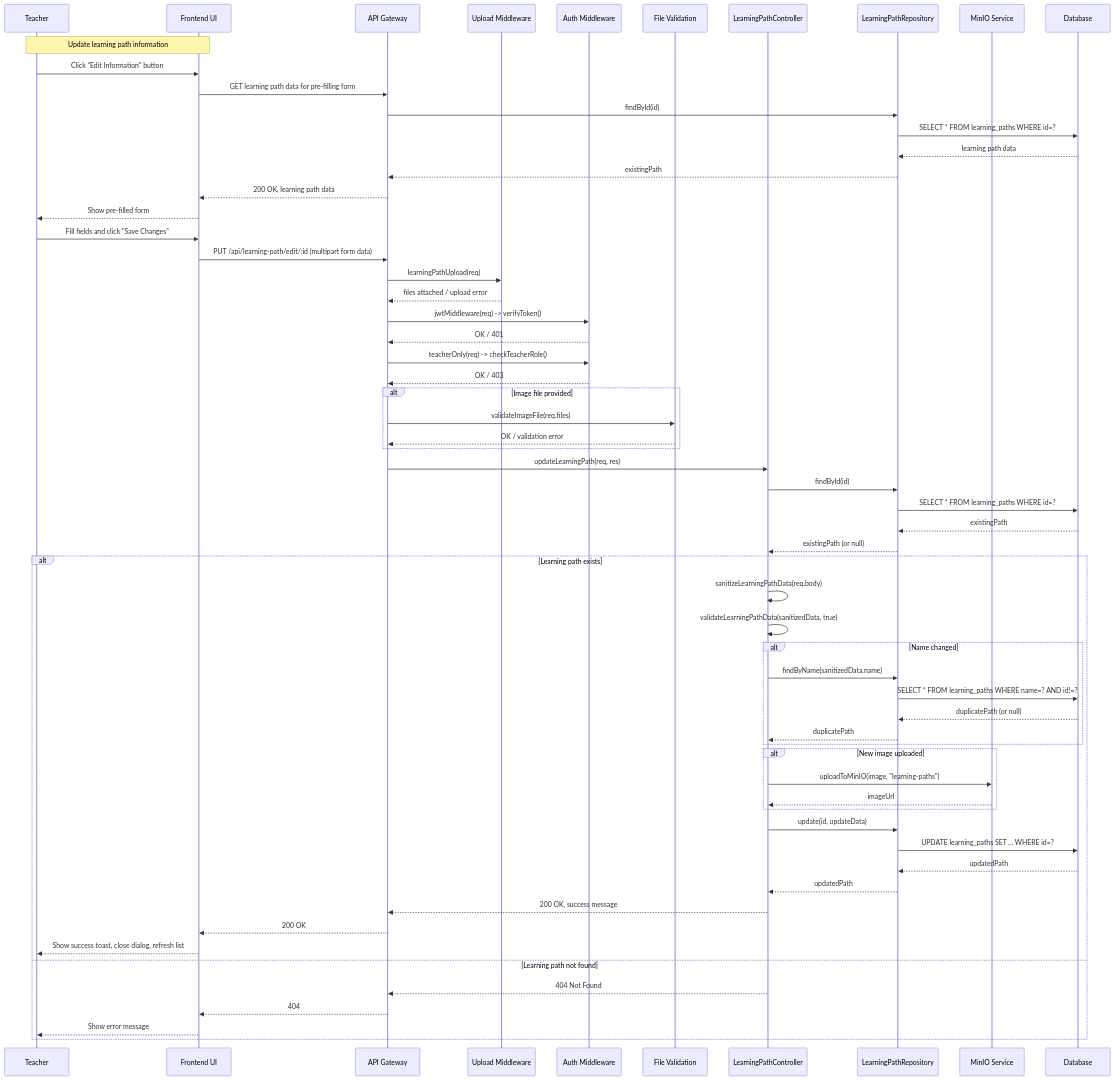
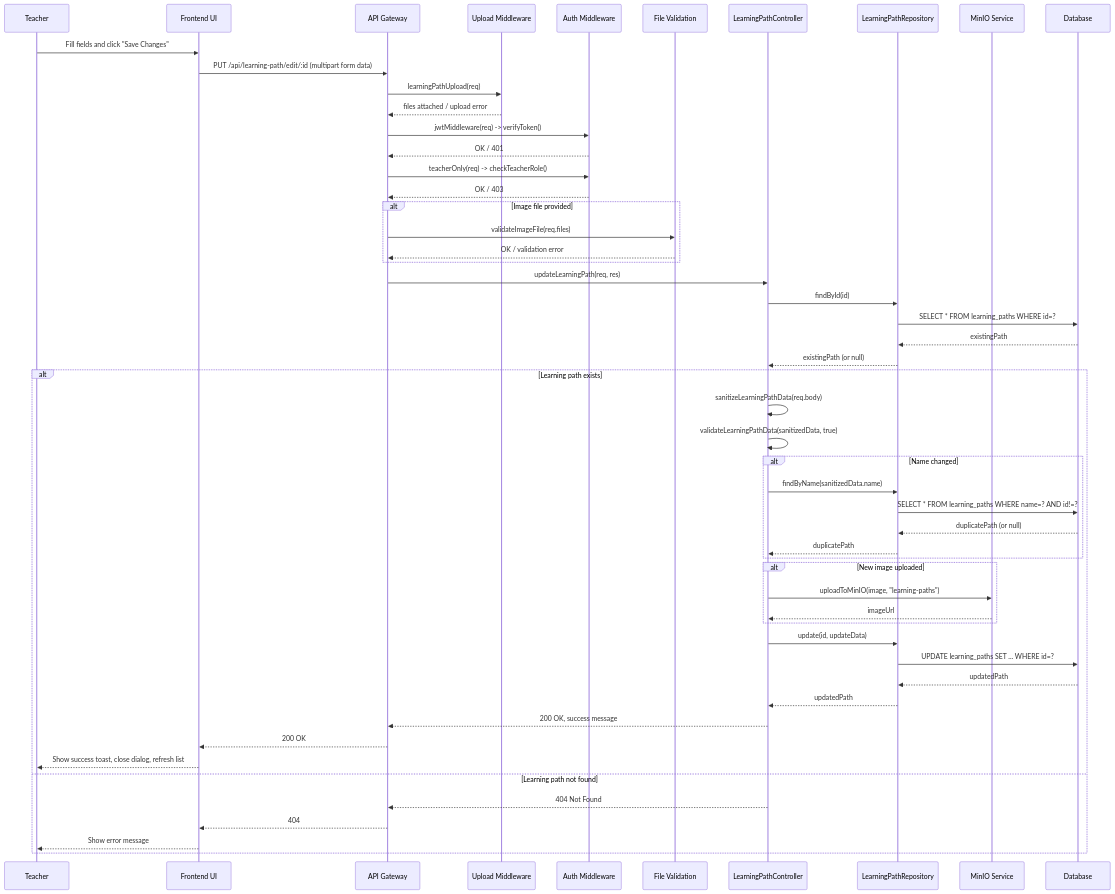
Before and after one commit to NgTuanHung051103/docs: the first of 2 diagrams in hungnt/UC_LP03_Update_Learning_Path.md, drawn with Mermaid.

Commit message:
UC_LP03: Delete click to load learning path detail when edit

````diff
--- a/hungnt/UC_LP03_Update_Learning_Path.md
+++ b/hungnt/UC_LP03_Update_Learning_Path.md
@@ -275,74 +275,64 @@
 ```mermaid
 sequenceDiagram
   participant T as Teacher
   participant FE as Frontend UI
   participant API as API Gateway
   participant Upload as Upload Middleware
   participant Auth as Auth Middleware
   participant FileVal as File Validation
   participant C as LearningPathController
   participant R as LearningPathRepository
   participant MinIO as MinIO Service
   participant DB as Database
-
-  Note over T,FE: Update learning path information
-  T->>FE: Click "Edit Information" button
-  FE->>API: GET learning path data for pre-filling form
-  API->>R: findById(id)
-  R->>DB: SELECT * FROM learning_paths WHERE id=?
-  DB-->>R: learning path data
-  R-->>API: existingPath
-  API-->>FE: 200 OK, learning path data
-  FE-->>T: Show pre-filled form
 
   T->>FE: Fill fields and click "Save Changes"
   FE->>API: PUT /api/learning-path/edit/:id (multipart form data)
 
   %% Middleware chain executed in router: learningPathUpload -> jwtMiddleware -> teacherOnly -> controller
   API->>Upload: learningPathUpload(req)
   Upload-->>API: files attached / upload error
   API->>Auth: jwtMiddleware(req) -> verifyToken()
   Auth-->>API: OK / 401
   API->>Auth: teacherOnly(req) -> checkTeacherRole()
   Auth-->>API: OK / 403
 
   alt Image file provided
     API->>FileVal: validateImageFile(req.files)
     FileVal-->>API: OK / validation error
   end
 
   API->>C: updateLearningPath(req, res)
   C->>R: findById(id)
   R->>DB: SELECT * FROM learning_paths WHERE id=?
   DB-->>R: existingPath
   R-->>C: existingPath (or null)
 
   alt Learning path exists
     C->>C: sanitizeLearningPathData(req.body)
     C->>C: validateLearningPathData(sanitizedData, true)
 
     alt Name changed
       C->>R: findByName(sanitizedData.name)
       R->>DB: SELECT * FROM learning_paths WHERE name=? AND id!=?
       DB-->>R: duplicatePath (or null)
       R-->>C: duplicatePath
     end
 
     alt New image uploaded
       C->>MinIO: uploadToMinIO(image, "learning-paths")
       MinIO-->>C: imageUrl
     end
 
     C->>R: update(id, updateData)
     R->>DB: UPDATE learning_paths SET ... WHERE id=?
     DB-->>R: updatedPath
     R-->>C: updatedPath
     C-->>API: 200 OK, success message
     API-->>FE: 200 OK
     FE-->>T: Show success toast, close dialog, refresh list
   else Learning path not found
     C-->>API: 404 Not Found
     API-->>FE: 404
     FE-->>T: Show error message
   end
 ```
````
